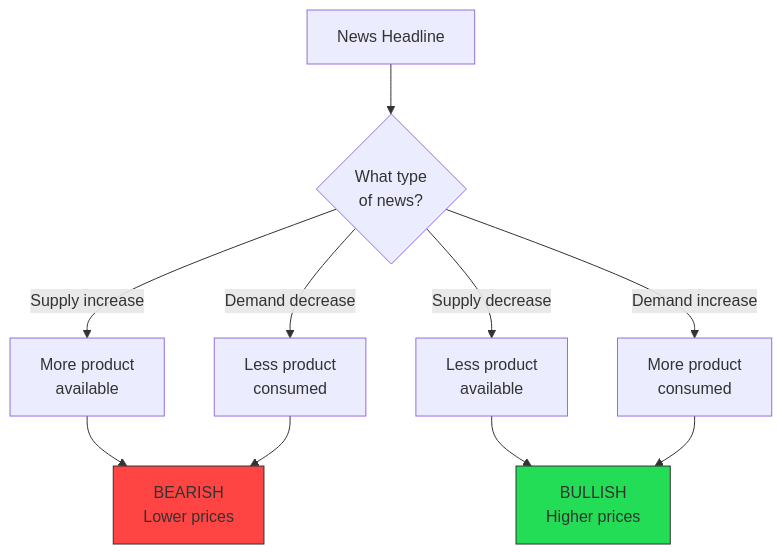
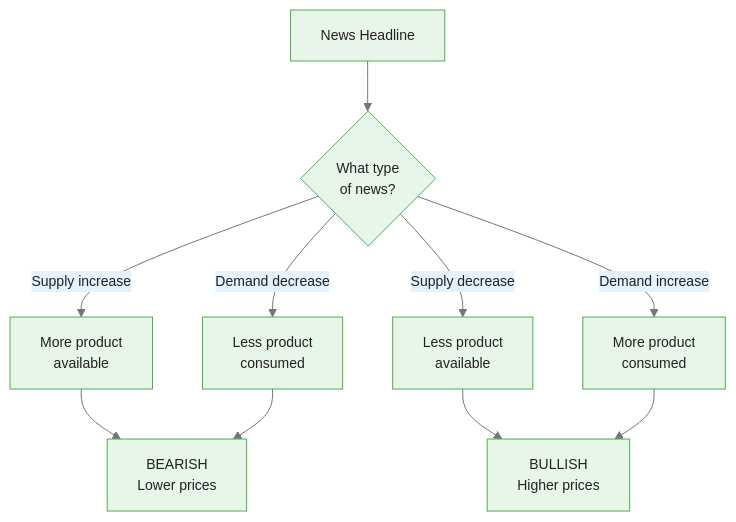
The first of 7 diagrams in courses/genai-commodities/modules/module_03_sentiment/guides/01_news_sentiment_slides.md (m-deane/course-creator), drawn with Mermaid before and after one commit. The commit also changed other lines of this file and 84 other files, not shown here.

````diff
--- a/courses/genai-commodities/modules/module_03_sentiment/guides/01_news_sentiment_slides.md
+++ b/courses/genai-commodities/modules/module_03_sentiment/guides/01_news_sentiment_slides.md
@@ -38,16 +38,14 @@
 ```mermaid
+%%{init: {"theme": "base", "themeVariables": {"primaryColor": "#e8f5e9", "primaryBorderColor": "#4caf50", "primaryTextColor": "#212121", "secondaryColor": "#e3f2fd", "tertiaryColor": "#fff8e1", "lineColor": "#757575", "fontFamily": "Inter, sans-serif", "fontSize": "14px"}}}%%
 flowchart TD
     A[News Headline] --> B{What type<br/>of news?}
     B -->|Supply increase| C[More product<br/>available]
     B -->|Supply decrease| D[Less product<br/>available]
     B -->|Demand increase| E[More product<br/>consumed]
     B -->|Demand decrease| F[Less product<br/>consumed]
 
     C --> G[BEARISH<br/>Lower prices]
     D --> H[BULLISH<br/>Higher prices]
     E --> H
     F --> G
-
-    style G fill:#f44,stroke:#333
-    style H fill:#2d5,stroke:#333
 ```
````
